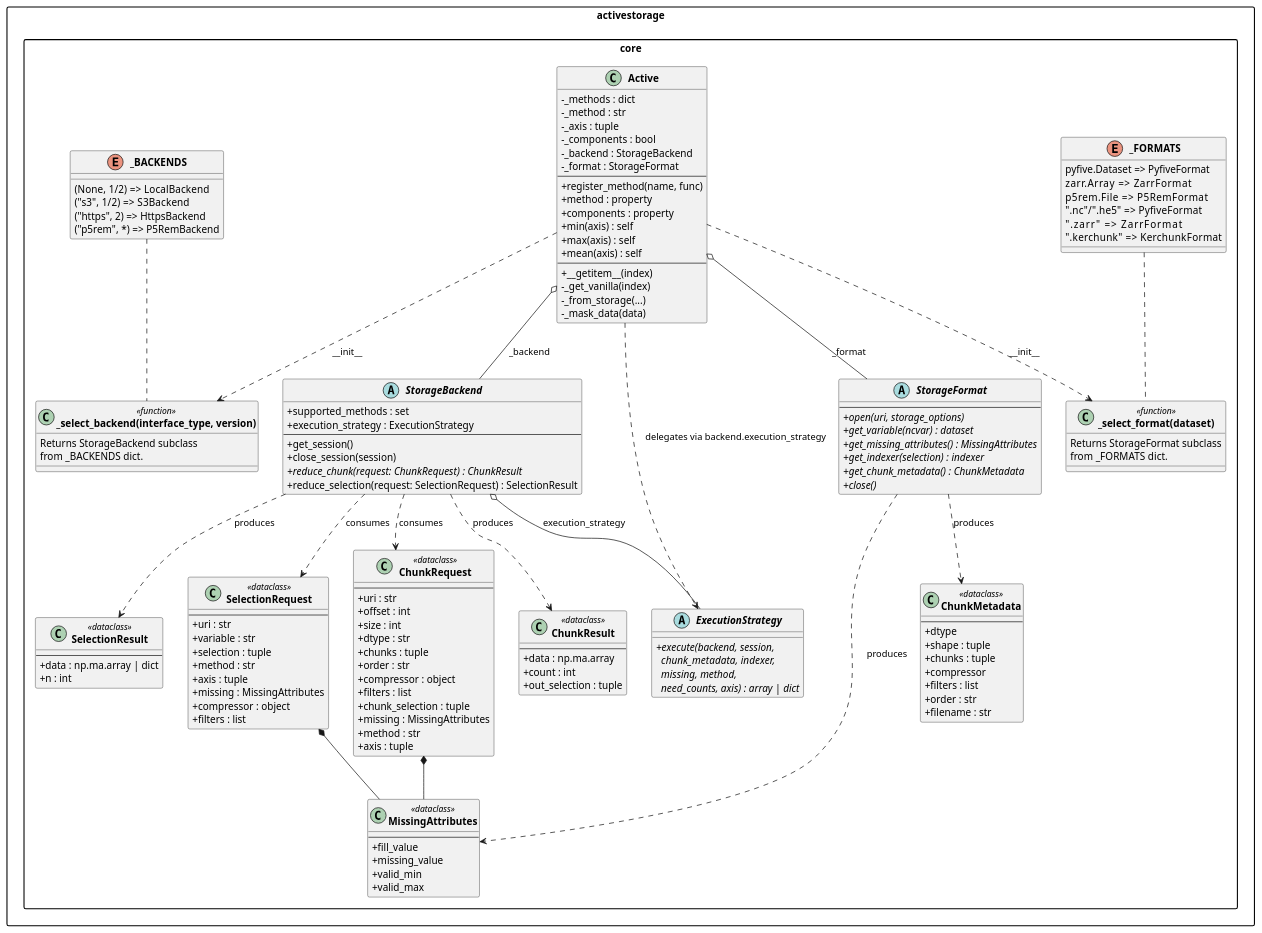
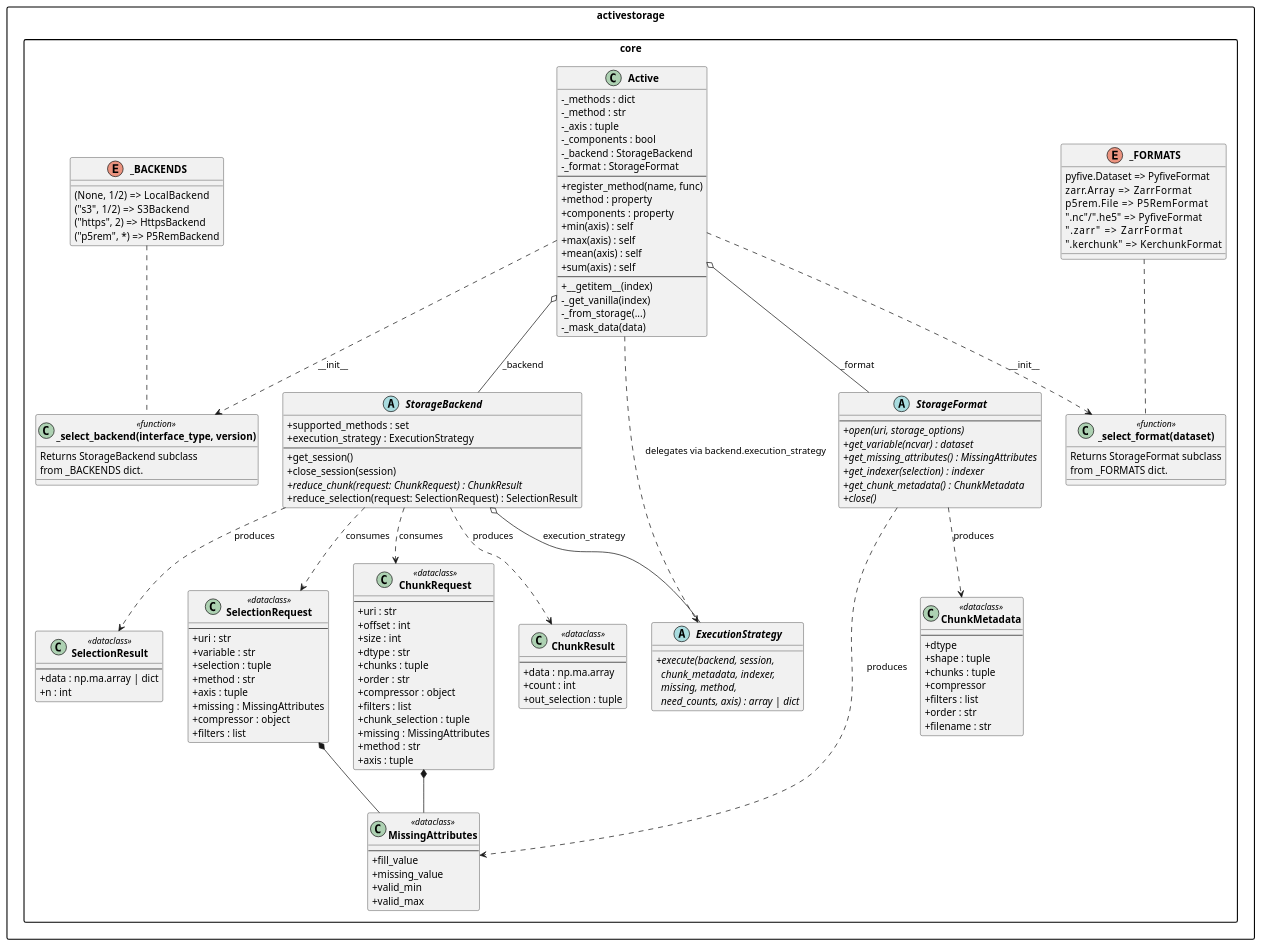
Before and after one commit to NCAS-CMS/PyActiveStorage: the first of 2 diagrams in docs4understanding/active_refactor_v7.puml, drawn with PlantUML. The commit also changed 2 other files, not shown here.

Commit message:
Update UML documentation for axis parameter support
- Update active_refactor_v7.puml: Add sum() method to Active class
- Add axis_flow_v1.puml: Sequence diagram showing axis parameter flow
  through the entire reduction pipeline from User → Active → Strategy →
  Backend → Reductionist v2 API
- Add axis_support_architecture_v1.puml: Detailed architecture diagram
  showing how axis is handled across core classes, backends, and the
  reductionist API with practical examples

The updated documentation clearly shows:
- How axis parameter is stored and passed through Active class
- Complete data flow from user call to backend reduction
- Differences between LocalBackend (no axis) and S3/HTTPS backends
- How Reductionist v2 API performs axis-aware reduction
- Example usage patterns for different axis configurations

```diff
--- a/docs4understanding/active_refactor_v7.puml
+++ b/docs4understanding/active_refactor_v7.puml
@@ -1,167 +1,168 @@
 @startuml active_refactor_v7_core
 
 skinparam classAttributeIconSize 0
 skinparam classFontStyle bold
 skinparam packageStyle rectangle
 
 ' ------------------------------------------------------------------
 ' Diagram 1: core only
 ' ------------------------------------------------------------------
 
 package "activestorage.core" {
 
     class SelectionRequest <<dataclass>> {
         --
         + uri : str
         + variable : str
         + selection : tuple
         + method : str
         + axis : tuple
         + missing : MissingAttributes
         + compressor : object
         + filters : list
     }
 
     class ChunkRequest <<dataclass>> {
         --
         + uri : str
         + offset : int
         + size : int
         + dtype : str
         + chunks : tuple
         + order : str
         + compressor : object
         + filters : list
         + chunk_selection : tuple
         + missing : MissingAttributes
         + method : str
         + axis : tuple
     }
 
     class MissingAttributes <<dataclass>> {
         --
         + fill_value
         + missing_value
         + valid_min
         + valid_max
     }
 
     class ChunkMetadata <<dataclass>> {
         --
         + dtype
         + shape : tuple
         + chunks : tuple
         + compressor
         + filters : list
         + order : str
         + filename : str
     }
 
     class ChunkResult <<dataclass>> {
         --
         + data : np.ma.array
         + count : int
         + out_selection : tuple
     }
 
     class SelectionResult <<dataclass>> {
         --
         + data : np.ma.array | dict
         + n : int
     }
 
     abstract class StorageFormat {
         --
         + {abstract} open(uri, storage_options)
         + {abstract} get_variable(ncvar) : dataset
         + {abstract} get_missing_attributes() : MissingAttributes
         + {abstract} get_indexer(selection) : indexer
         + {abstract} get_chunk_metadata() : ChunkMetadata
         + {abstract} close()
     }
 
     abstract class StorageBackend {
         + supported_methods : set
         + execution_strategy : ExecutionStrategy
         --
         + get_session()
         + close_session(session)
         + {abstract} reduce_chunk(request: ChunkRequest) : ChunkResult
         + reduce_selection(request: SelectionRequest) : SelectionResult
     }
 
     abstract class ExecutionStrategy {
         + {abstract} execute(backend, session,\n  chunk_metadata, indexer,\n  missing, method,\n  need_counts, axis) : array | dict
     }
 
     class "_select_backend(interface_type, version)" as SelectBackend <<function>> {
         Returns StorageBackend subclass
         from _BACKENDS dict.
     }
 
     class "_select_format(dataset)" as SelectFormat <<function>> {
         Returns StorageFormat subclass
         from _FORMATS dict.
     }
 
     enum "_BACKENDS" as BackendRegistry {
         (None, 1/2)  => LocalBackend
         ("s3", 1/2)  => S3Backend
         ("https", 2) => HttpsBackend
         ("p5rem", *) => P5RemBackend
     }
 
     enum "_FORMATS" as FormatRegistry {
         pyfive.Dataset => PyfiveFormat
         zarr.Array     => ZarrFormat
         p5rem.File     => P5RemFormat
         ".nc"/".he5"   => PyfiveFormat
         ".zarr"        => ZarrFormat
         ".kerchunk"    => KerchunkFormat
     }
 
     class Active {
         - _methods : dict
         - _method : str
         - _axis : tuple
         - _components : bool
         - _backend : StorageBackend
         - _format : StorageFormat
         --
         + register_method(name, func)
         + method : property
         + components : property
         + min(axis) : self
         + max(axis) : self
         + mean(axis) : self
+        + sum(axis) : self
         --
         + __getitem__(index)
         - _get_vanilla(index)
         - _from_storage(...)
         - _mask_data(data)
     }
 
     BackendRegistry .. SelectBackend
     FormatRegistry  .. SelectFormat
 
     Active o-- StorageBackend : _backend
     Active o-- StorageFormat  : _format
     Active ..> SelectBackend  : __init__
     Active ..> SelectFormat   : __init__
     Active ..> ExecutionStrategy : delegates via backend.execution_strategy
 
     StorageBackend o-- ExecutionStrategy : execution_strategy
 
     StorageBackend ..> ChunkRequest     : consumes
     StorageBackend ..> ChunkResult      : produces
     StorageBackend ..> SelectionRequest : consumes
     StorageBackend ..> SelectionResult  : produces
 
     StorageFormat ..> ChunkMetadata     : produces
     StorageFormat ..> MissingAttributes : produces
 
     ChunkRequest *-- MissingAttributes
     SelectionRequest *-- MissingAttributes
 }
 
 @enduml
```
